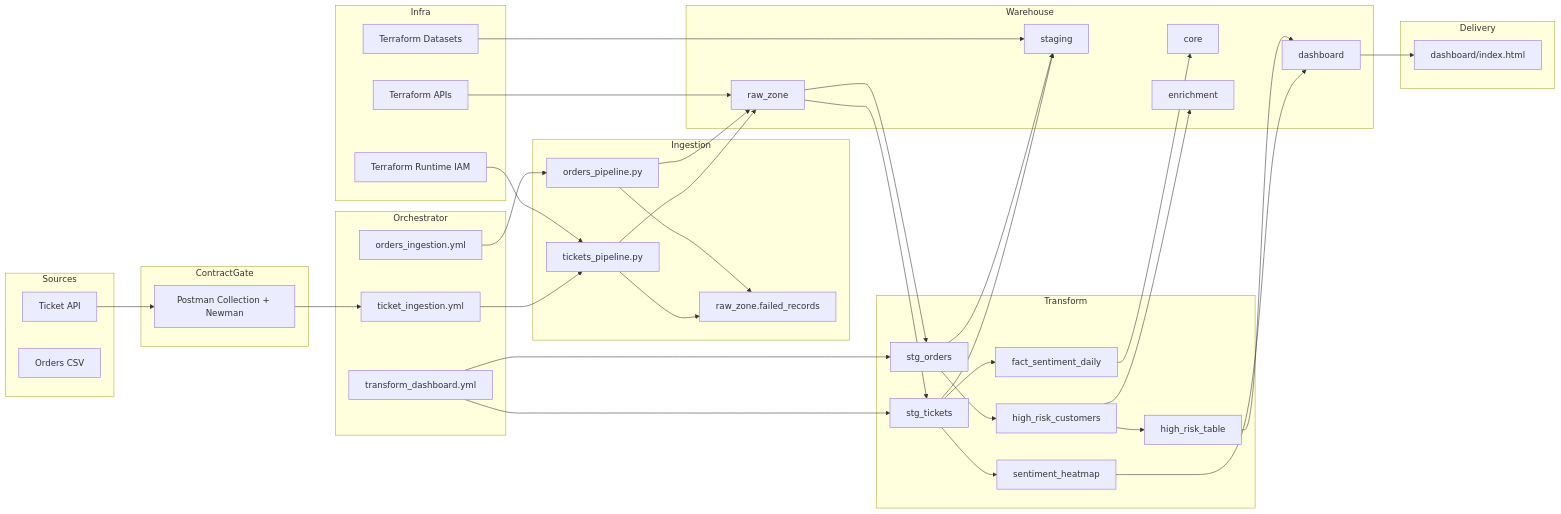
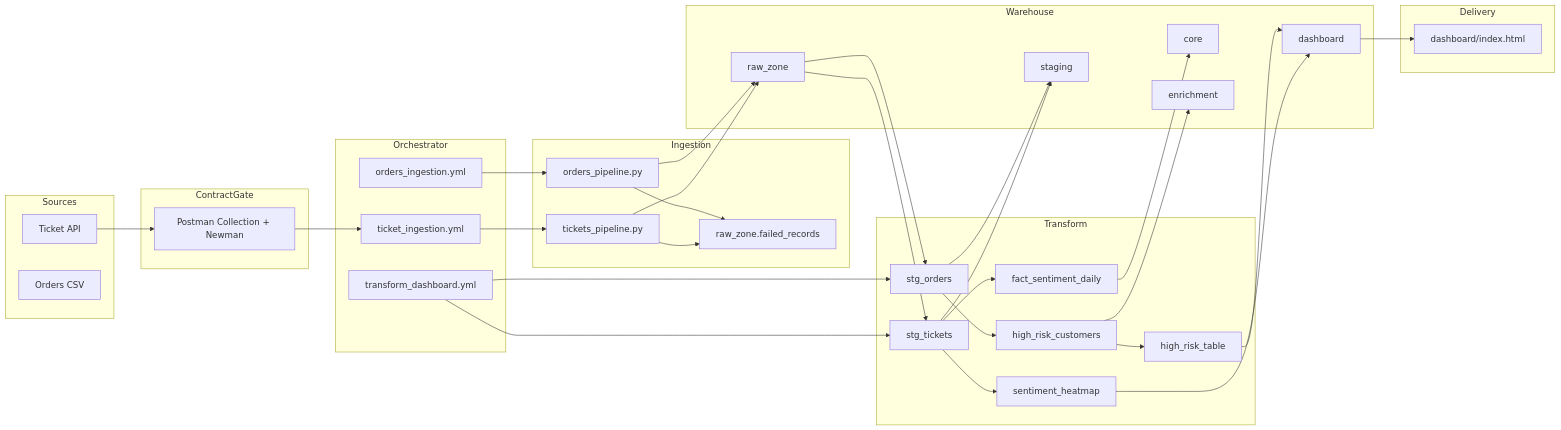
Before and after one commit to PC-User-Guest/cx-data-intelligence-platform: the first of 2 diagrams in README.md, drawn with Mermaid. The commit also changed other lines of this file, not shown here.

````diff
--- a/README.md
+++ b/README.md
@@ -19,77 +34,68 @@
 ```mermaid
 flowchart LR
   subgraph Sources
     A1[Ticket API]
     A2[Orders CSV]
   end
 
   subgraph ContractGate
     C0[Postman Collection + Newman]
   end
 
   subgraph Ingestion
     B1[tickets_pipeline.py]
     B2[orders_pipeline.py]
     B3[raw_zone.failed_records]
   end
 
   subgraph Warehouse
     C1[raw_zone]
     C2[staging]
     C3[core]
     C4[enrichment]
     C5[dashboard]
   end
 
   subgraph Transform
     D1[stg_tickets]
     D2[stg_orders]
     D3[fact_sentiment_daily]
     D4[high_risk_customers]
     D5[sentiment_heatmap]
     D6[high_risk_table]
   end
 
   subgraph Orchestrator
     E1[ticket_ingestion.yml]
     E2[orders_ingestion.yml]
     E3[transform_dashboard.yml]
   end
 
-  subgraph Infra
-    I1[Terraform APIs]
-    I2[Terraform Datasets]
-    I3[Terraform Runtime IAM]
-  end
-
   subgraph Delivery
     F1[dashboard/index.html]
   end
 
   A1 --> C0
   C0 --> E1
   E1 --> B1
   E2 --> B2
   B1 --> C1
   B2 --> C1
   B1 --> B3
   B2 --> B3
   C1 --> D1
   C1 --> D2
   D1 --> C2
   D2 --> C2
   D1 --> D3
   D2 --> D4
   D3 --> C3
   D4 --> C4
   D1 --> D5
   D4 --> D6
   D5 --> C5
   D6 --> C5
   E3 --> D1
   E3 --> D2
   C5 --> F1
-  I1 --> C1
-  I2 --> C2
-  I3 --> B1
 ```
````
